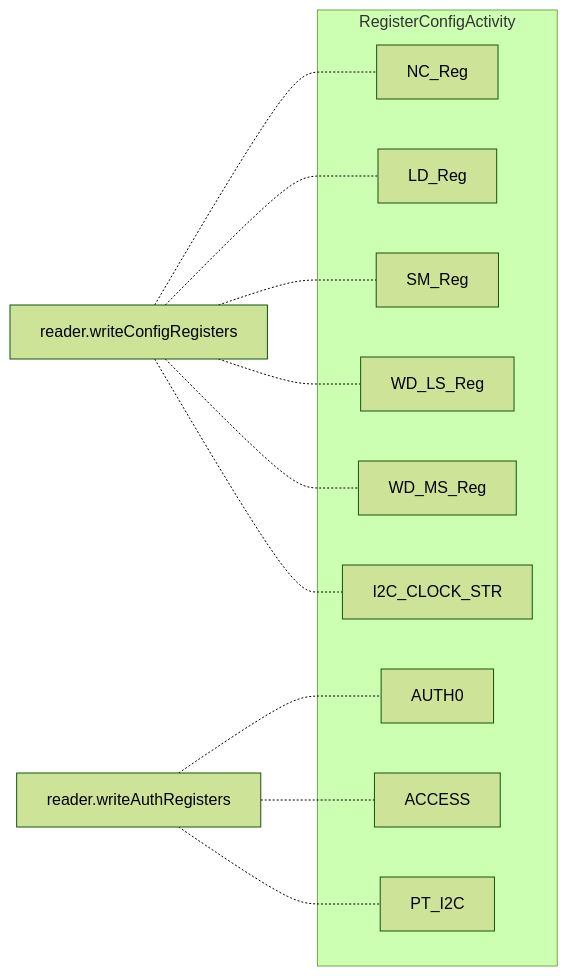
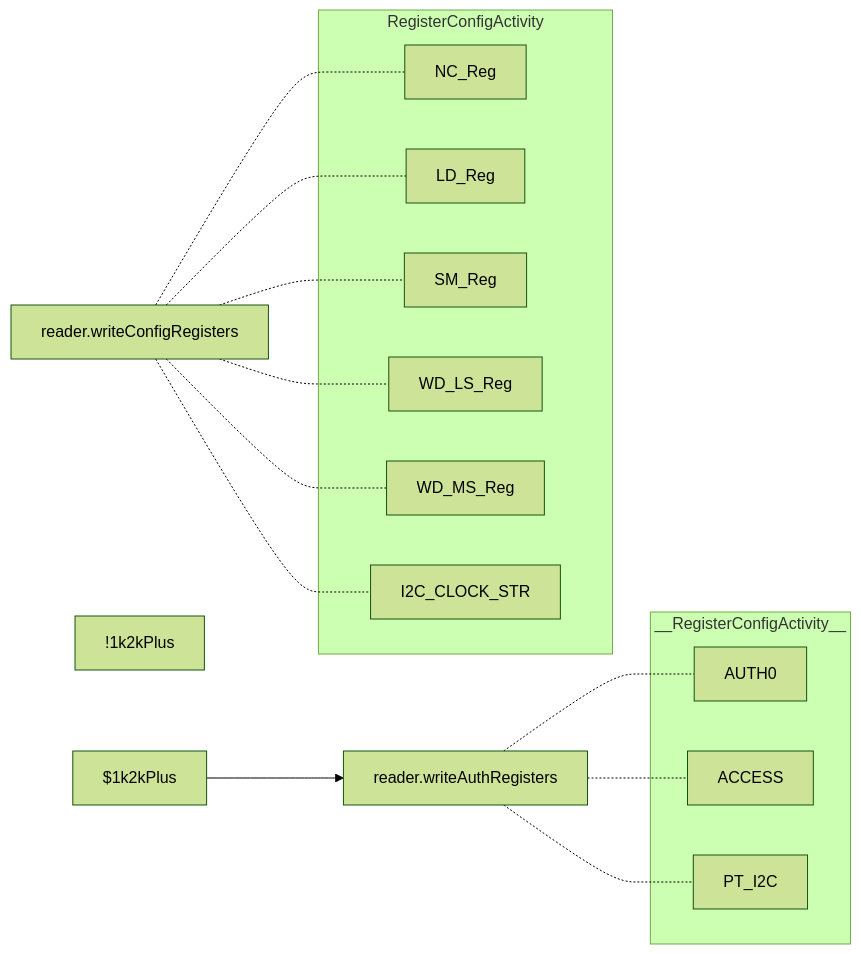
One commit to gordianknotC/nxp_note changed the tenth of 10 diagrams in nxp/NtagDemo_mermaid.md. Above: the diagram before and after it, drawn with Mermaid (forest theme). The commit also changed other lines of this file, not shown here.

Commit message:
nxp/NtagDemo_mermaid.md updated from https://stackedit.io/

````diff
--- a/nxp/NtagDemo_mermaid.md
+++ b/nxp/NtagDemo_mermaid.md
@@ -381,27 +381,30 @@
 ```mermaid
 graph LR
+$1k2kPlus
+!1k2kPlus
+
 subgraph RegisterConfigActivity
 	NC_Reg
 	LD_Reg
 	SM_Reg
 	WD_LS_Reg
 	WD_MS_Reg
 	I2C_CLOCK_STR
 end
 reader.writeConfigRegisters -.- NC_Reg
 reader.writeConfigRegisters -.- LD_Reg
 reader.writeConfigRegisters -.- SM_Reg
 reader.writeConfigRegisters -.- WD_LS_Reg
 reader.writeConfigRegisters -.- WD_MS_Reg
 reader.writeConfigRegisters -.- I2C_CLOCK_STR
 
-subgraph RegisterConfigActivity
+subgraph __RegisterConfigActivity__
 	AUTH0
 	ACCESS
 	PT_I2C
 end
-
+$1k2kPlus --> reader.writeAuthRegisters
 reader.writeAuthRegisters -.- AUTH0
 reader.writeAuthRegisters -.- ACCESS
 reader.writeAuthRegisters -.- PT_I2C
 ```
````
